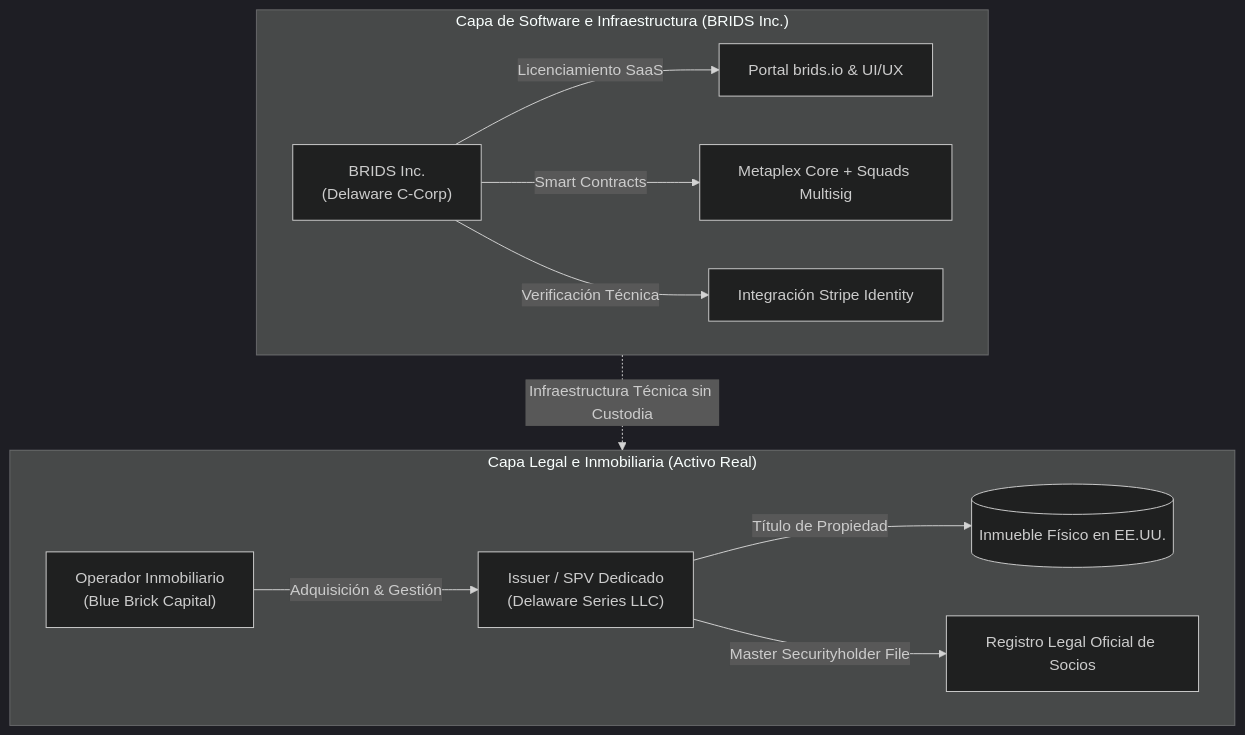
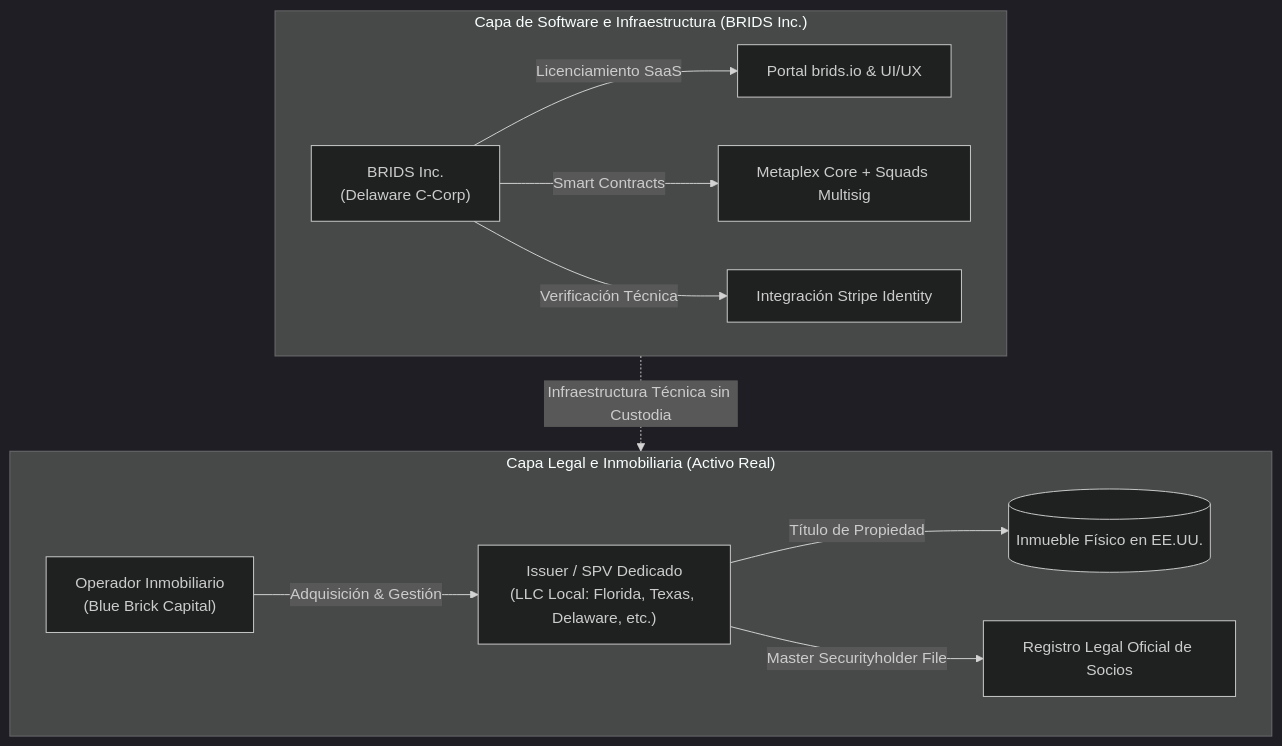
One commit to jeisonsosablockdev/BRIDS-KNOWLEDGE-FORT changed the diagram in BRIDS-Brain/01 Negocio/01 Estrategia & Modelo/Business Concepts/concept-dual-entity-compliance.md. Above: the diagram before and after it, drawn with Mermaid (dark theme). The commit also changed other lines of this file and 3 other files, not shown here.

````diff
--- a/BRIDS-Brain/01 Negocio/01 Estrategia & Modelo/Business Concepts/concept-dual-entity-compliance.md
+++ b/BRIDS-Brain/01 Negocio/01 Estrategia & Modelo/Business Concepts/concept-dual-entity-compliance.md
@@ -43,21 +44,21 @@
 ```mermaid
 flowchart TD
     subgraph Capa_Software["Capa de Software e Infraestructura (BRIDS Inc.)"]
         B["BRIDS Inc.<br/>(Delaware C-Corp)"]
         B -->|Licenciamiento SaaS| UI["Portal brids.io & UI/UX"]
         B -->|Smart Contracts| SC["Metaplex Core + Squads Multisig"]
         B -->|Verificación Técnica| ID["Integración Stripe Identity"]
     end
 
     subgraph Capa_Inmobiliaria["Capa Legal e Inmobiliaria (Activo Real)"]
-        SPV["Issuer / SPV Dedicado<br/>(Delaware Series LLC)"]
+        SPV["Issuer / SPV Dedicado<br/>(LLC Local: Florida, Texas, Delaware, etc.)"]
         OP["Operador Inmobiliario<br/>(Blue Brick Capital)"]
         PROP[("Inmueble Físico en EE.UU.")]
         
         OP -->|Adquisición & Gestión| SPV
         SPV -->|Título de Propiedad| PROP
         SPV -->|Master Securityholder File| LEGAL["Registro Legal Oficial de Socios"]
     end
 
     Capa_Software -.->|Infraestructura Técnica sin Custodia| Capa_Inmobiliaria
 ```
````
